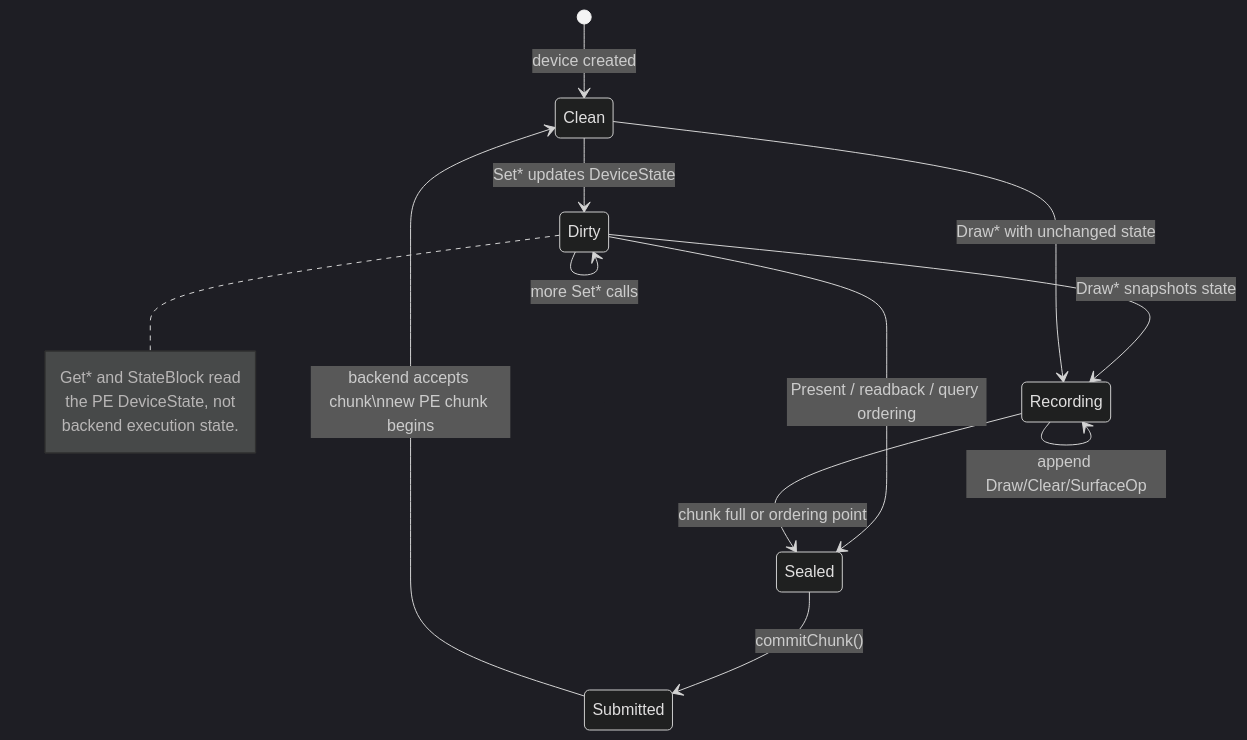
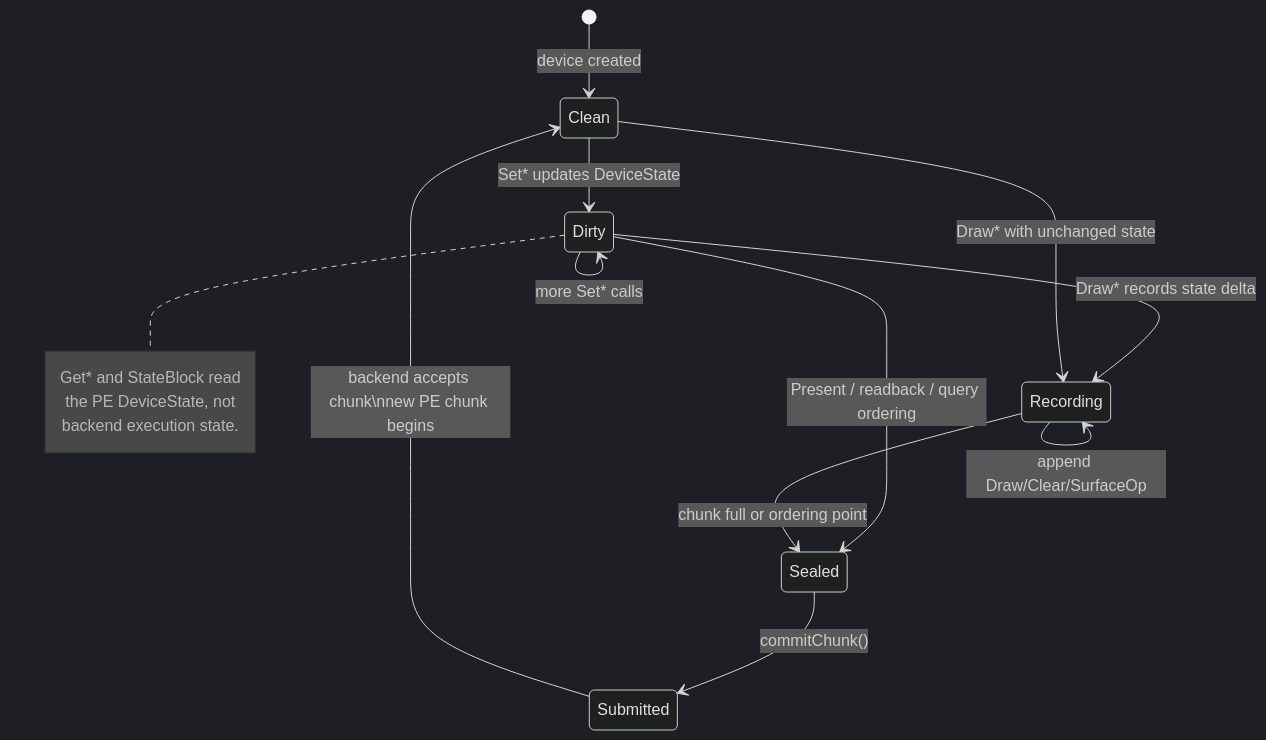
One commit to dfdgsdfg/dxmt9 changed the fourth of 7 diagrams in specs/core/design.md. Above: the diagram before and after it, drawn with Mermaid (dark theme). The commit also changed other lines of this file and 7 other files, not shown here.

````diff
--- a/specs/core/design.md
+++ b/specs/core/design.md
@@ -185,19 +185,19 @@
 ```mermaid
 stateDiagram-v2
     [*] --> Clean : device created
     Clean --> Dirty : Set* updates DeviceState
     Dirty --> Dirty : more Set* calls
-    Dirty --> Recording : Draw* snapshots state
+    Dirty --> Recording : Draw* records state delta
     Clean --> Recording : Draw* with unchanged state
     Recording --> Recording : append Draw/Clear/SurfaceOp
     Dirty --> Sealed : Present / readback / query ordering
     Recording --> Sealed : chunk full or ordering point
     Sealed --> Submitted : commitChunk()
     Submitted --> Clean : backend accepts chunk\nnew PE chunk begins
 
     note right of Dirty
         Get* and StateBlock read
         the PE DeviceState, not
         backend execution state.
     end note
 ```
````
